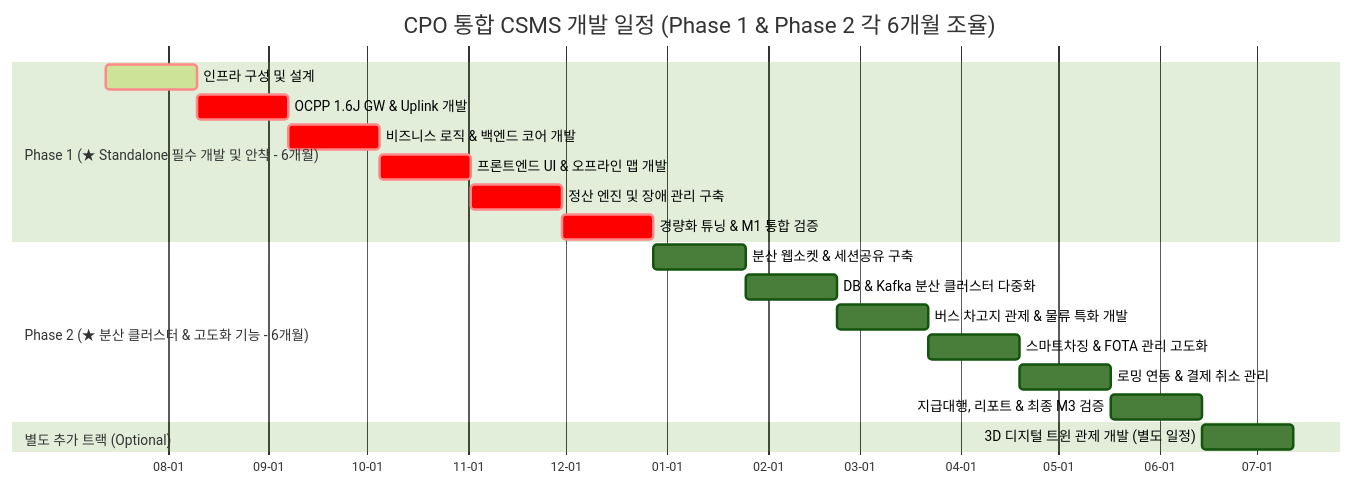
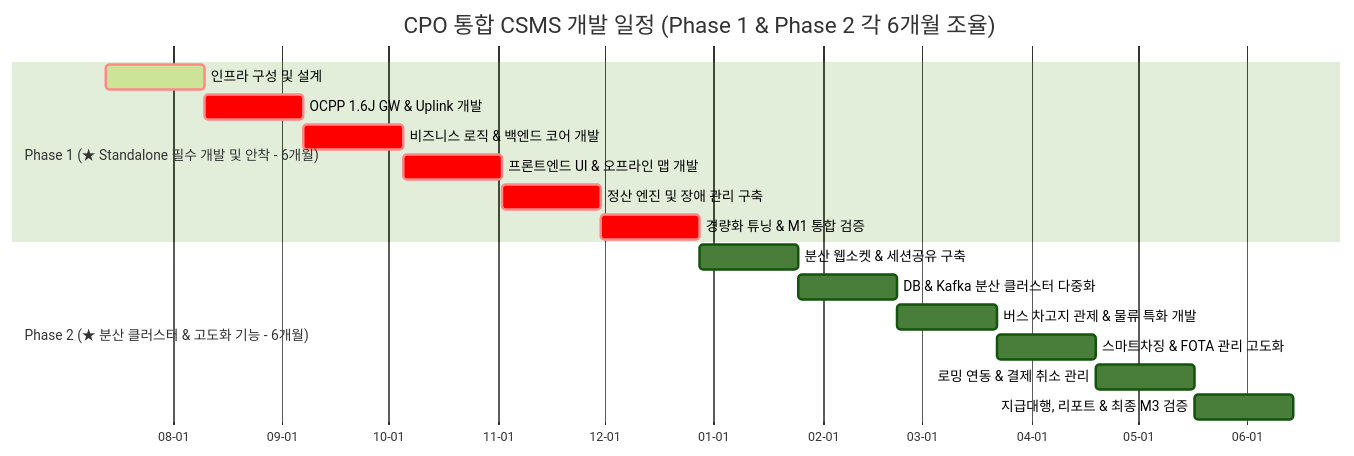
The diagram in doc/03.timeline.md (h2y-hyhong2/h2y-ocpp), drawn with Mermaid (forest theme) before and after one commit. The commit also changed other lines of this file and 1 other file, not shown here.

Commit message:
docs: completely remove 3D digital twin track from 03.timeline

````diff
--- a/doc/03.timeline.md
+++ b/doc/03.timeline.md
@@ -21,25 +21,22 @@
 ```mermaid
 gantt
     title CPO 통합 CSMS 개발 일정 (Phase 1 & Phase 2 각 6개월 조율)
     dateFormat  YYYY-MM-DD
     axisFormat  %m-%d
     
     section Phase 1 (★ Standalone 필수 개발 및 안착 - 6개월)
     인프라 구성 및 설계        :crit, active, p1_infra, 2026-07-13, 28d
     OCPP 1.6J GW & Uplink 개발   :crit, p1_gw, after p1_infra, 28d
     비즈니스 로직 & 백엔드 코어 개발 :crit, p1_biz, after p1_gw, 28d
     프론트엔드 UI & 오프라인 맵 개발 :crit, p1_fe, after p1_biz, 28d
     정산 엔진 및 장애 관리 구축    :crit, p1_twin, after p1_fe, 28d
     경량화 튜닝 & M1 통합 검증      :crit, p1_test, after p1_twin, 28d
     
     section Phase 2 (★ 분산 클러스터 & 고도화 기능 - 6개월)
     분산 웹소켓 & 세션공유 구축      : p2_infra, after p1_test, 28d
     DB & Kafka 분산 클러스터 다중화 : p2_db, after p2_infra, 28d
     버스 차고지 관제 & 물류 특화 개발  : p2_bus, after p2_db, 28d
     스마트차징 & FOTA 관리 고도화   : p2_smart, after p2_bus, 28d
     로밍 연동 & 결제 취소 관리      : p2_roam, after p2_smart, 28d
     지급대행, 리포트 & 최종 M3 검증   : p2_final, after p2_roam, 28d
-    
-    section 별도 추가 트랙 (Optional)
-    3D 디지털 트윈 관제 개발 (별도 일정) : p3_twin, after p2_final, 28d
 ```
````
